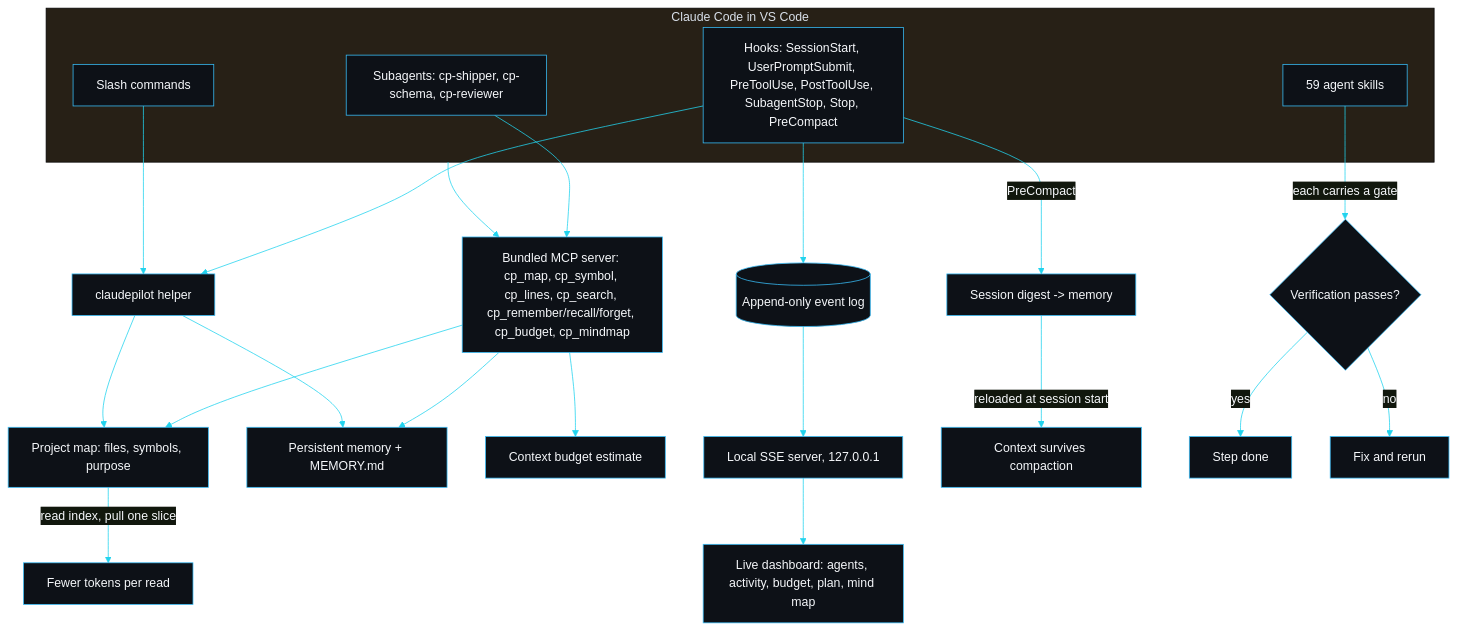
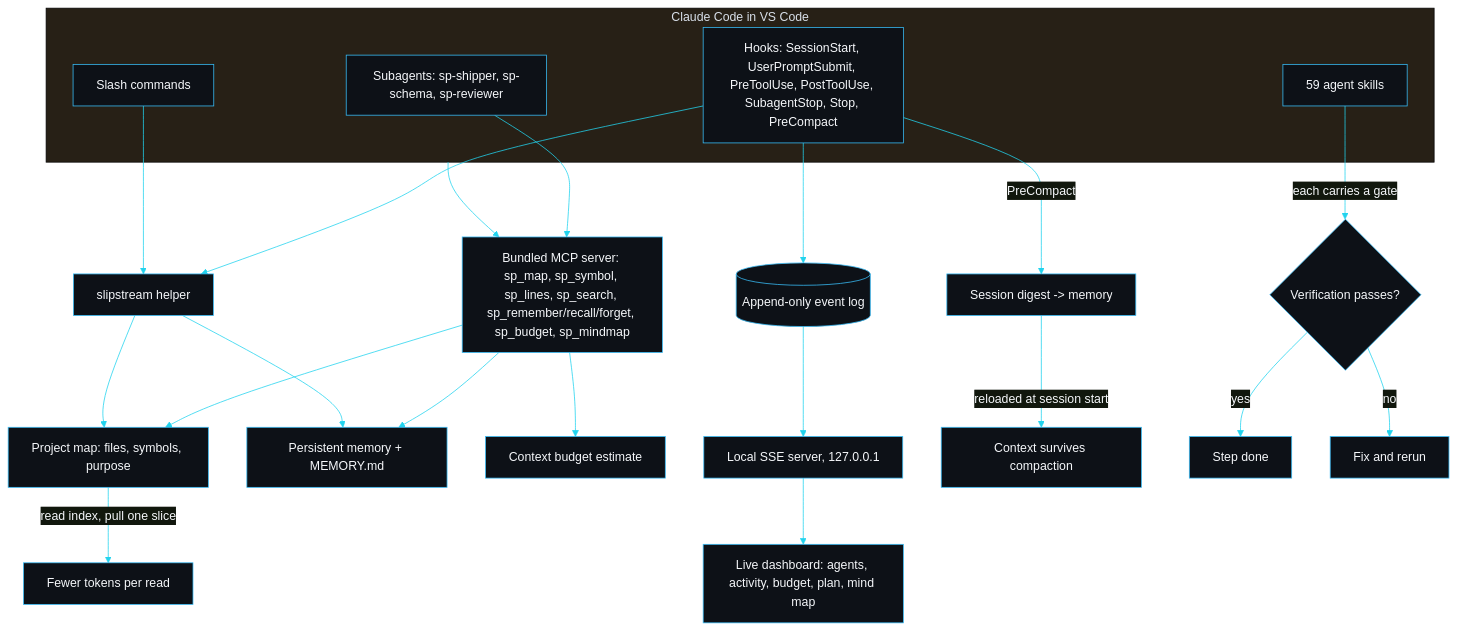
The diagram in README.md (sarmakska/slipstream), drawn with Mermaid before and after one commit. The commit also changed other lines of this file and 35 other files, not shown here.

````diff
--- a/README.md
+++ b/README.md
@@ -174,31 +176,31 @@
 ```mermaid
 %%{init: {'theme':'base','themeVariables':{'primaryColor':'#0d1117','primaryTextColor':'#f5f7fa','primaryBorderColor':'#38bdf8','lineColor':'#22d3ee','fontFamily':'monospace'}}}%%
 flowchart TD
   subgraph CC[Claude Code in VS Code]
     Hooks[Hooks: SessionStart, UserPromptSubmit, PreToolUse, PostToolUse, SubagentStop, Stop, PreCompact]
     Cmds[Slash commands]
     Skills[59 agent skills]
-    Agents[Subagents: cp-shipper, cp-schema, cp-reviewer]
+    Agents[Subagents: sp-shipper, sp-schema, sp-reviewer]
   end
 
-  CC --> MCP[Bundled MCP server: cp_map, cp_symbol, cp_lines, cp_search, cp_remember/recall/forget, cp_budget, cp_mindmap]
-  Hooks --> Helper[claudepilot helper]
+  CC --> MCP[Bundled MCP server: sp_map, sp_symbol, sp_lines, sp_search, sp_remember/recall/forget, sp_budget, sp_mindmap]
+  Hooks --> Helper[slipstream helper]
   Cmds --> Helper
   Agents --> MCP
 
   MCP --> Map[Project map: files, symbols, purpose]
   Helper --> Map
   MCP --> Mem[Persistent memory + MEMORY.md]
   Helper --> Mem
   MCP --> Budget[Context budget estimate]
   Hooks -->|PreCompact| Digest[Session digest -> memory]
   Hooks --> Log[(Append-only event log)]
   Log --> Server[Local SSE server, 127.0.0.1]
   Server --> UI[Live dashboard: agents, activity, budget, plan, mind map]
 
   Map -->|read index, pull one slice| Tokens[Fewer tokens per read]
   Digest -->|reloaded at session start| Survive[Context survives compaction]
   Skills -->|each carries a gate| Gate{Verification passes?}
   Gate -->|yes| Done[Step done]
   Gate -->|no| Fix[Fix and rerun]
 ```
````
